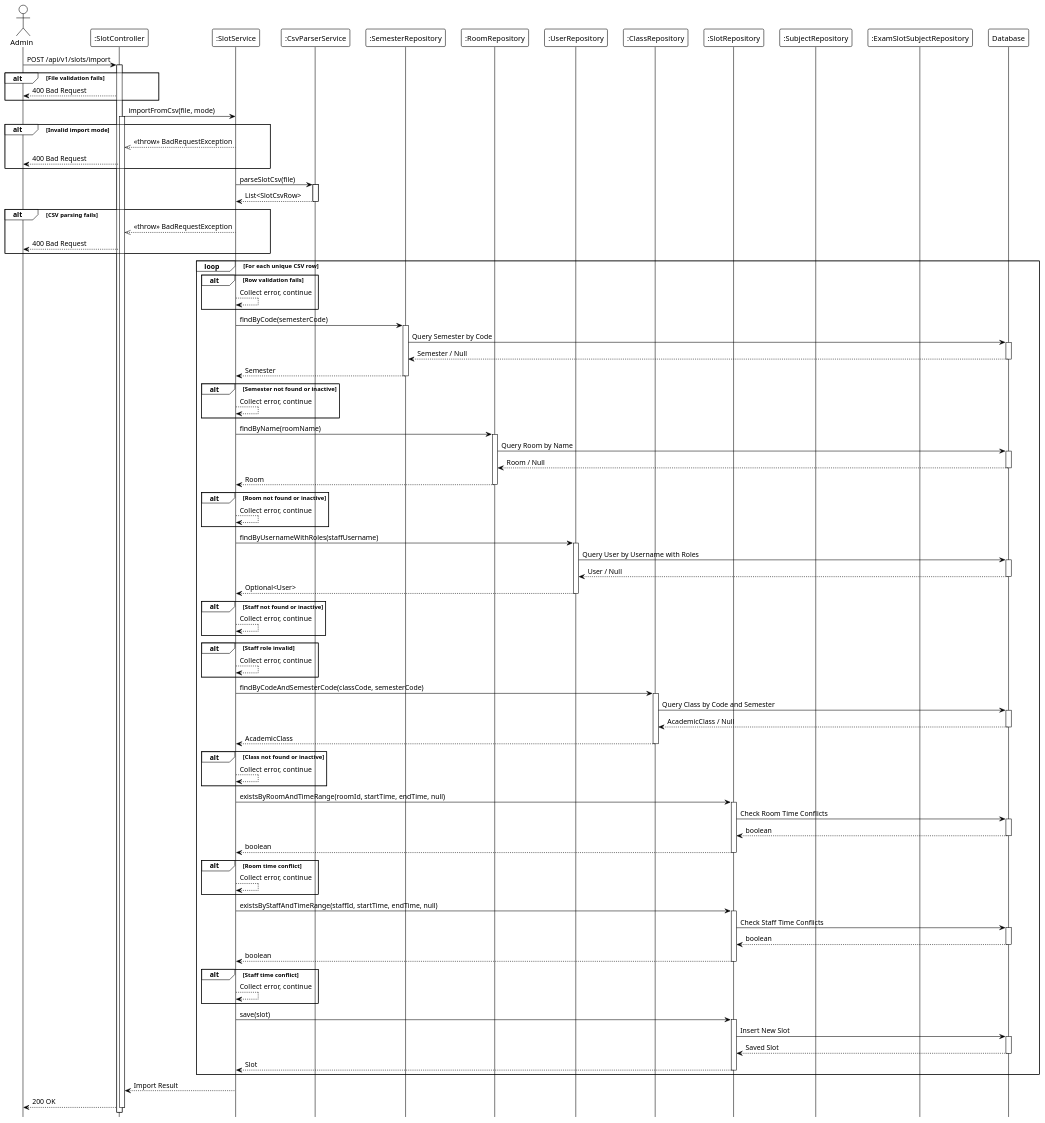
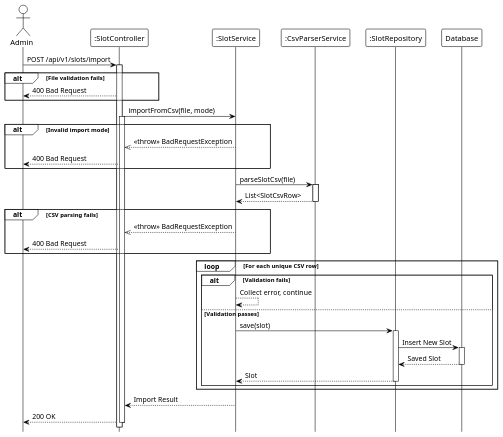
Before and after one commit to Ndh474/context: the diagram in system_detailed_design/38_import_csv_slot/sequence_diagram_import_csv_slot.puml, drawn with PlantUML. The commit also changed 9 other files, not shown here.

```diff
--- a/system_detailed_design/38_import_csv_slot/sequence_diagram_import_csv_slot.puml
+++ b/system_detailed_design/38_import_csv_slot/sequence_diagram_import_csv_slot.puml
@@ -1,183 +1,76 @@
 @startuml import_csv_slot
 !theme plain
 hide footbox
 
 actor Admin
 participant ":SlotController" as Controller
 participant ":SlotService" as Service
 participant ":CsvParserService" as CsvParser
-participant ":SemesterRepository" as SemesterRepo
-participant ":RoomRepository" as RoomRepo
-participant ":UserRepository" as UserRepo
-participant ":ClassRepository" as ClassRepo
-participant ":SlotRepository" as SlotRepo
-participant ":SubjectRepository" as SubjectRepo
-participant ":ExamSlotSubjectRepository" as ExamSlotSubjectRepo
+participant ":SlotRepository" as Repository
 participant "Database" as DB
 
 ' --- MAIN FLOW ---
 Admin -> Controller: POST /api/v1/slots/import
 activate Controller
 
 ' File validation (internal)
 
 alt File validation fails
     Controller --> Admin: 400 Bad Request
 end
 
 Controller -> Service: importFromCsv(file, mode)
 activate Controller
 
 ' Mode validation (internal)
 
 alt Invalid import mode
     Service -->> Controller: <<throw>> BadRequestException
     Controller --> Admin: 400 Bad Request
 end
 
 ' --- PARSE CSV ---
 Service -> CsvParser: parseSlotCsv(file)
 activate CsvParser
 
 CsvParser --> Service: List<SlotCsvRow>
 deactivate CsvParser
 
 alt CSV parsing fails
     Service -->> Controller: <<throw>> BadRequestException
     Controller --> Admin: 400 Bad Request
 end
 
 ' CSV deduplication (internal)
 
 ' --- BATCH PROCESSING LOOP ---
 loop For each unique CSV row
-    ' Row validation (internal)
+    ' Row validation (internal: semester/room/staff/class validation, time conflicts)
 
-    alt Row validation fails
+    alt Validation fails
         Service --> Service: Collect error, continue
+    else Validation passes
+        Service -> Repository: save(slot)
+        activate Repository
+
+        Repository -> DB: Insert New Slot
+        activate DB
+        DB --> Repository: Saved Slot
+        deactivate DB
+
+        Repository --> Service: Slot
+        deactivate Repository
+
+        ' Create initial attendance records (internal)
     end
-
-    ' --- FIND SEMESTER ---
-    Service -> SemesterRepo: findByCode(semesterCode)
-    activate SemesterRepo
-
-    SemesterRepo -> DB: Query Semester by Code
-    activate DB
-    DB --> SemesterRepo: Semester / Null
-    deactivate DB
-
-    SemesterRepo --> Service: Semester
-    deactivate SemesterRepo
-
-    alt Semester not found or inactive
-        Service --> Service: Collect error, continue
-    end
-
-    ' --- FIND ROOM ---
-    Service -> RoomRepo: findByName(roomName)
-    activate RoomRepo
-
-    RoomRepo -> DB: Query Room by Name
-    activate DB
-    DB --> RoomRepo: Room / Null
-    deactivate DB
-
-    RoomRepo --> Service: Room
-    deactivate RoomRepo
-
-    alt Room not found or inactive
-        Service --> Service: Collect error, continue
-    end
-
-    ' --- FIND STAFF ---
-    Service -> UserRepo: findByUsernameWithRoles(staffUsername)
-    activate UserRepo
-
-    UserRepo -> DB: Query User by Username with Roles
-    activate DB
-    DB --> UserRepo: User / Null
-    deactivate DB
-
-    UserRepo --> Service: Optional<User>
-    deactivate UserRepo
-
-    alt Staff not found or inactive
-        Service --> Service: Collect error, continue
-    end
-
-    alt Staff role invalid
-        Service --> Service: Collect error, continue
-    end
-
-    ' --- FIND CLASS ---
-    Service -> ClassRepo: findByCodeAndSemesterCode(classCode, semesterCode)
-    activate ClassRepo
-
-    ClassRepo -> DB: Query Class by Code and Semester
-    activate DB
-    DB --> ClassRepo: AcademicClass / Null
-    deactivate DB
-
-    ClassRepo --> Service: AcademicClass
-    deactivate ClassRepo
-
-    alt Class not found or inactive
-        Service --> Service: Collect error, continue
-    end
-
-    ' --- CHECK ROOM TIME CONFLICT ---
-    Service -> SlotRepo: existsByRoomAndTimeRange(roomId, startTime, endTime, null)
-    activate SlotRepo
-
-    SlotRepo -> DB: Check Room Time Conflicts
-    activate DB
-    DB --> SlotRepo: boolean
-    deactivate DB
-
-    SlotRepo --> Service: boolean
-    deactivate SlotRepo
-
-    alt Room time conflict
-        Service --> Service: Collect error, continue
-    end
-
-    ' --- CHECK STAFF TIME CONFLICT ---
-    Service -> SlotRepo: existsByStaffAndTimeRange(staffId, startTime, endTime, null)
-    activate SlotRepo
-
-    SlotRepo -> DB: Check Staff Time Conflicts
-    activate DB
-    DB --> SlotRepo: boolean
-    deactivate DB
-
-    SlotRepo --> Service: boolean
-    deactivate SlotRepo
-
-    alt Staff time conflict
-        Service --> Service: Collect error, continue
-    end
-
-    ' --- SAVE SLOT ---
-    Service -> SlotRepo: save(slot)
-    activate SlotRepo
-
-    SlotRepo -> DB: Insert New Slot
-    activate DB
-    DB --> SlotRepo: Saved Slot
-    deactivate DB
-
-    SlotRepo --> Service: Slot
-    deactivate SlotRepo
-
-    ' Create initial attendance records (internal)
 end
 
 ' Build result with success/failure counts (internal)
 
 Service --> Controller: Import Result
 deactivate Service
 
 Controller --> Admin: 200 OK
 deactivate Controller
 
 @enduml
```
